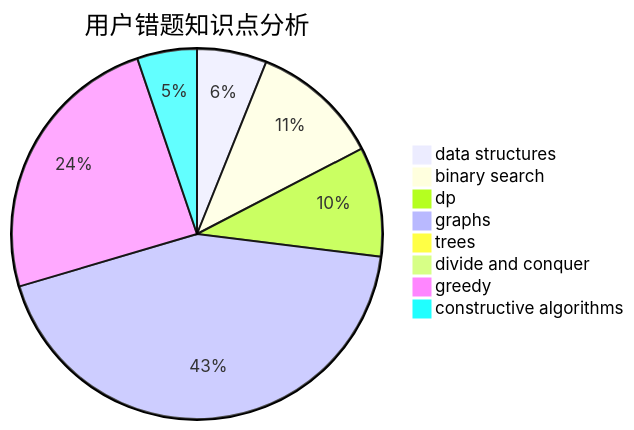
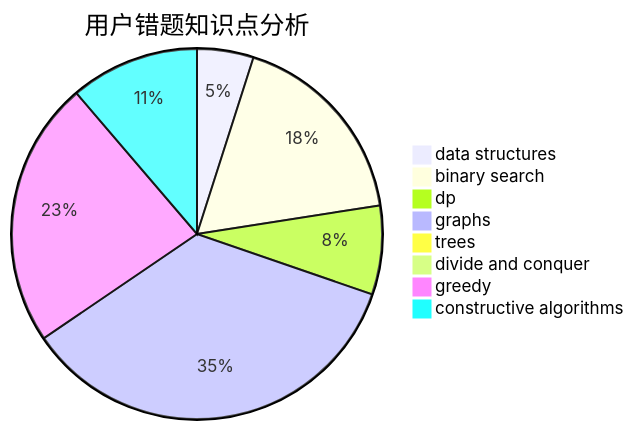
Before and after one commit to sherpahu/cfrs.github.io: the third of 3 diagrams in docs/user/u739.md, drawn with Mermaid. The commit also changed other lines of this file and 2770 other files, not shown here.

````diff
--- a/docs/user/u739.md
+++ b/docs/user/u739.md
@@ -36,11 +36,11 @@
 ```mermaid
 pie title 用户错题知识点分析
     "data structures" :  7
-    "binary search" :  13
+    "binary search" :  25
     "dp" :  11
     "graphs" :  50
     "trees" :  0
     "divide and conquer" :  0
-    "greedy" :  28
-    "constructive algorithms" :  6
+    "greedy" :  33
+    "constructive algorithms" :  16
 ```
````
